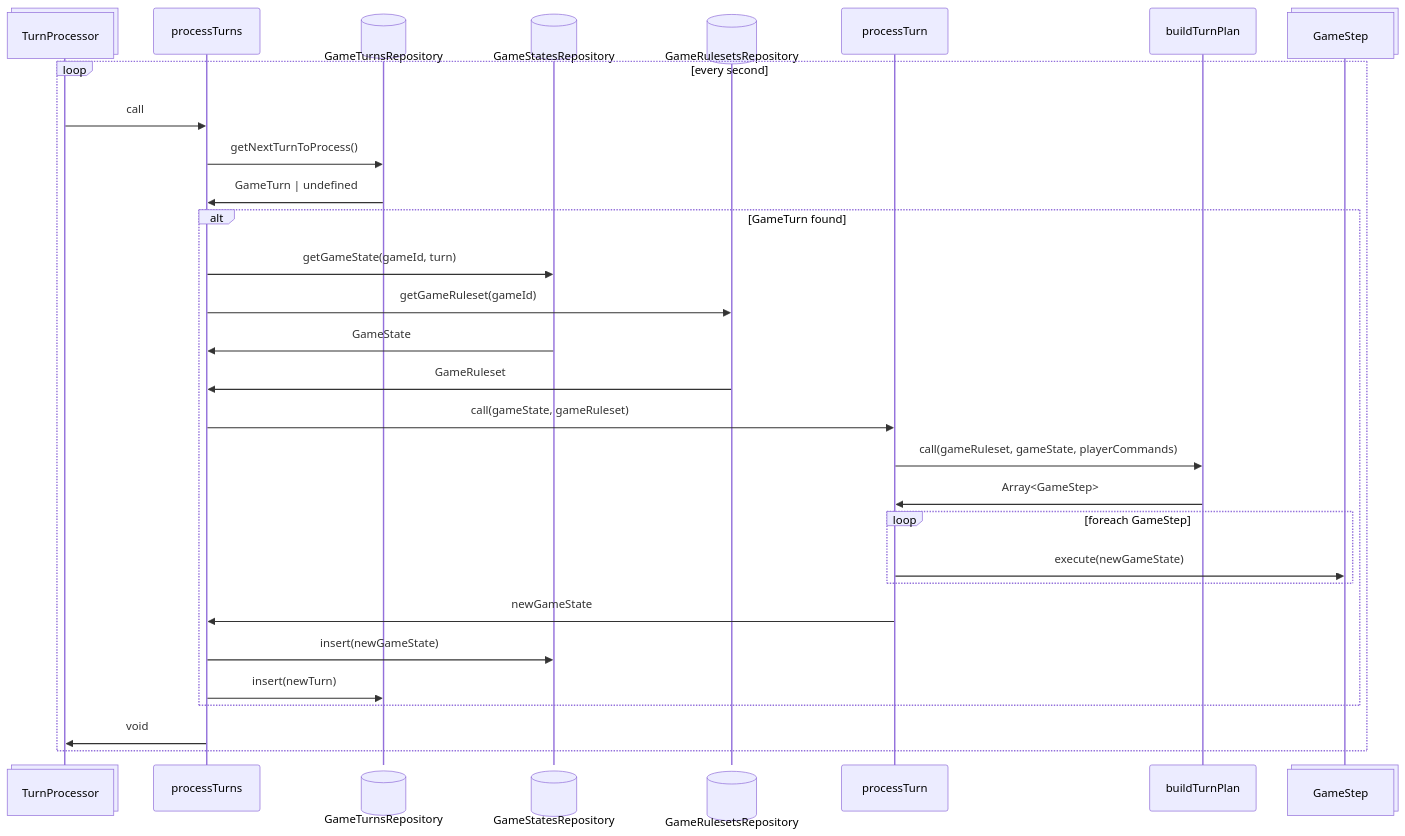
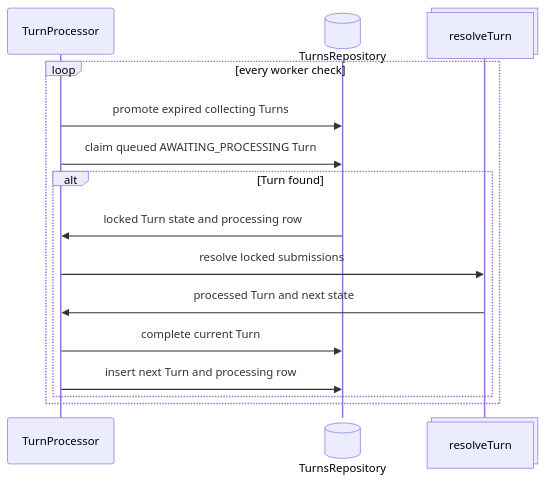
Before and after one commit to Guillaume-Docquier/text-based-browser-game-1: the diagram in docs/architecture/turn-processing.md, drawn with Mermaid. The commit also changed other lines of this file and 23 other files, not shown here.

Commit message:
backend(game-state): split game status and turn status (#416)

````diff
--- a/docs/architecture/turn-processing.md
+++ b/docs/architecture/turn-processing.md
@@ -33,32 +33,17 @@
 ```mermaid
 sequenceDiagram
-        participant P3@{ "type": "collections" } as TurnProcessor
-        participant P4 as processTurns
-        participant P1@{ "type": "database" } as GameTurnsRepository
-        participant P2@{ "type": "database" } as GameStatesRepository
-        participant P6@{ "type": "database" } as GameRulesetsRepository
-        participant P5 as processTurn
-        participant P8 as buildTurnPlan
-        participant P7@{ "type": "collections" } as GameStep
-        loop every second
-          P3->>P4: call
-          P4->>P1: getNextTurnToProcess()
-          P1->>P4: GameTurn | undefined
-          alt GameTurn found
-            P4->>P2: getGameState(gameId, turn)
-            P4->>P6: getGameRuleset(gameId)
-            P2->>P4: GameState
-            P6->>P4: GameRuleset
-            P4->>P5: call(gameState, gameRuleset)
-            P5->>P8: call(gameRuleset, gameState, playerCommands)
-            P8->>P5: Array<GameStep>
-            loop foreach GameStep
-              P5->>P7: execute(newGameState)
-            end
-            P5->>P4: newGameState
-            P4->>P2: insert(newGameState)
-            P4->>P1: insert(newTurn)
+        participant P3 as TurnProcessor
+        participant P1@{ "type": "database" } as TurnsRepository
+        participant P2@{ "type": "collections" } as resolveTurn
+        loop every worker check
+          P3->>P1: promote expired collecting Turns
+          P3->>P1: claim queued AWAITING_PROCESSING Turn
+          alt Turn found
+            P1->>P3: locked Turn state and processing row
+            P3->>P2: resolve locked submissions
+            P2->>P3: processed Turn and next state
+            P3->>P1: complete current Turn
+            P3->>P1: insert next Turn and processing row
           end
-          P4->>P3: void
         end
 ```
````
